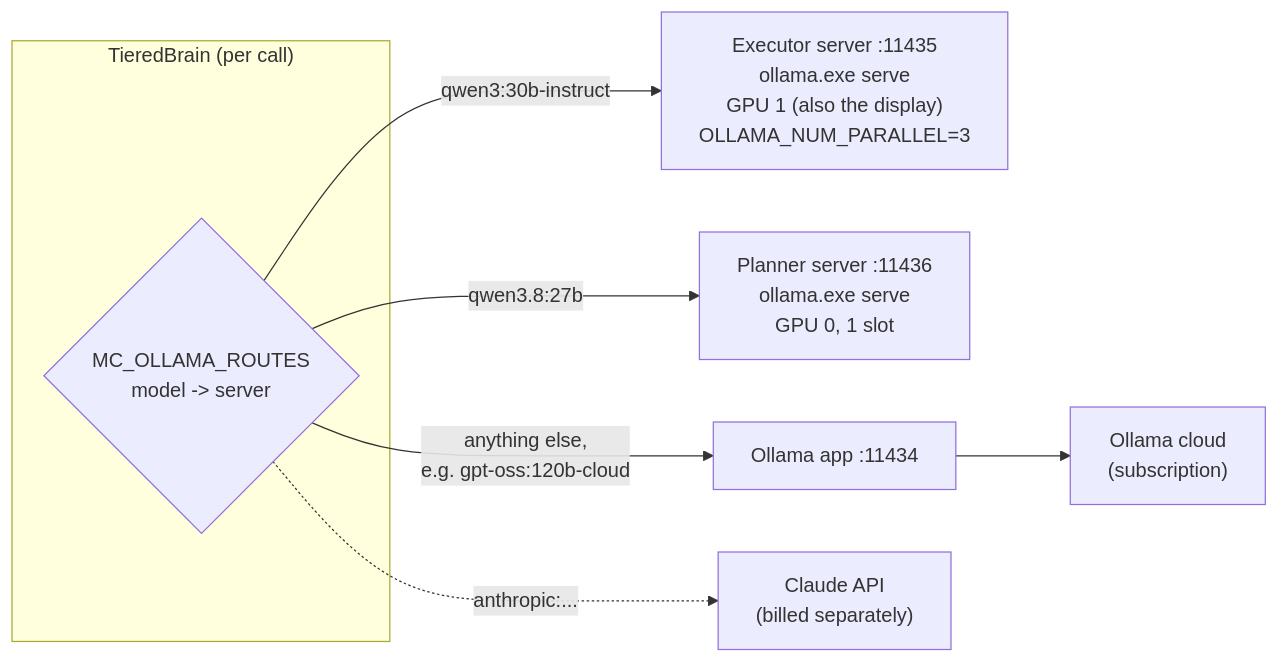
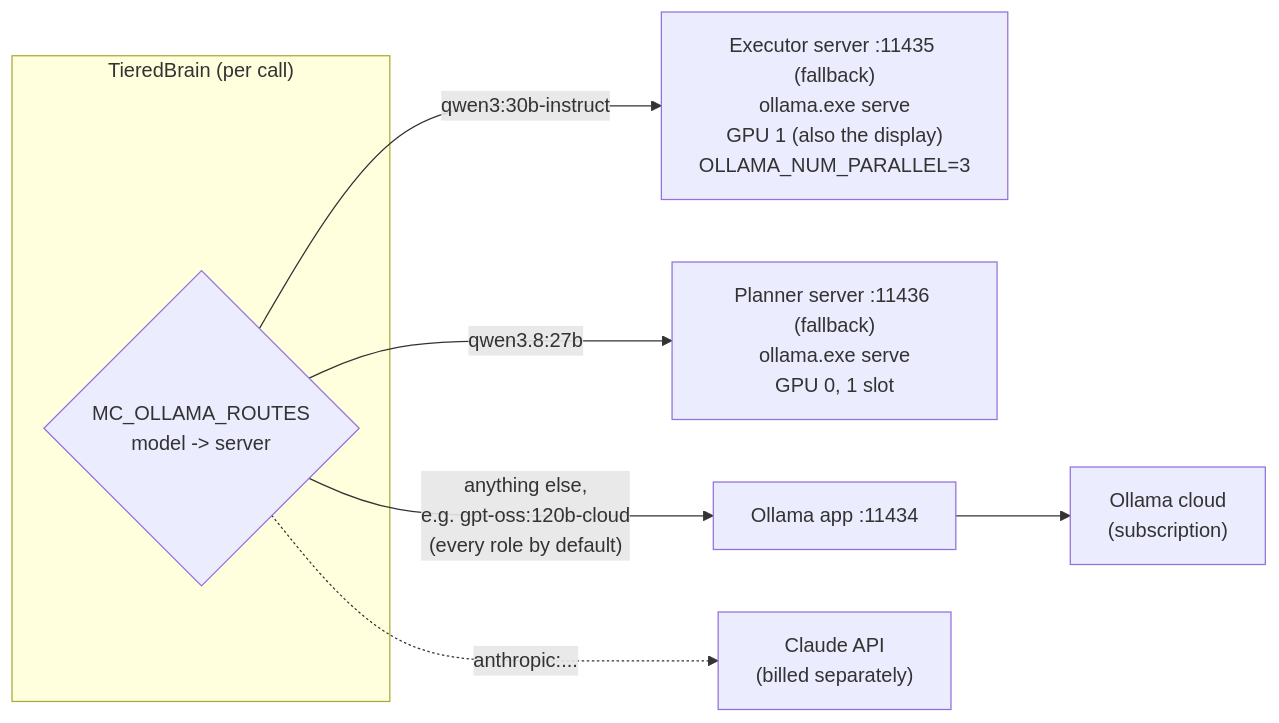
One commit to delphium226/MCAISandbox changed diagram 12 of 17 in docs/ARCHITECTURE.md. Above: the diagram before and after it, drawn with Mermaid. The commit also changed other lines of this file and 17 other files, not shown here.

First line of the commit message:
Phase A planned; A.0: gpt-oss for every role, reasoning levels, token ledger and budget

````diff
--- a/docs/ARCHITECTURE.md
+++ b/docs/ARCHITECTURE.md
@@ -847,11 +847,11 @@
 ```mermaid
 flowchart LR
   subgraph brain["TieredBrain (per call)"]
     route{"MC_OLLAMA_ROUTES<br/>model -> server"}
   end
-  route -- "qwen3:30b-instruct" --> exec["Executor server :11435<br/>ollama.exe serve<br/>GPU 1 (also the display)<br/>OLLAMA_NUM_PARALLEL=3"]
-  route -- "qwen3.8:27b" --> plan["Planner server :11436<br/>ollama.exe serve<br/>GPU 0, 1 slot"]
-  route -- "anything else,<br/>e.g. gpt-oss:120b-cloud" --> app["Ollama app :11434"]
+  route -- "qwen3:30b-instruct" --> exec["Executor server :11435 (fallback)<br/>ollama.exe serve<br/>GPU 1 (also the display)<br/>OLLAMA_NUM_PARALLEL=3"]
+  route -- "qwen3.8:27b" --> plan["Planner server :11436 (fallback)<br/>ollama.exe serve<br/>GPU 0, 1 slot"]
+  route -- "anything else,<br/>e.g. gpt-oss:120b-cloud<br/>(every role by default)" --> app["Ollama app :11434"]
   app --> cloud["Ollama cloud<br/>(subscription)"]
   route -. "anthropic:..." .-> claudeapi["Claude API<br/>(billed separately)"]
 ```
````
